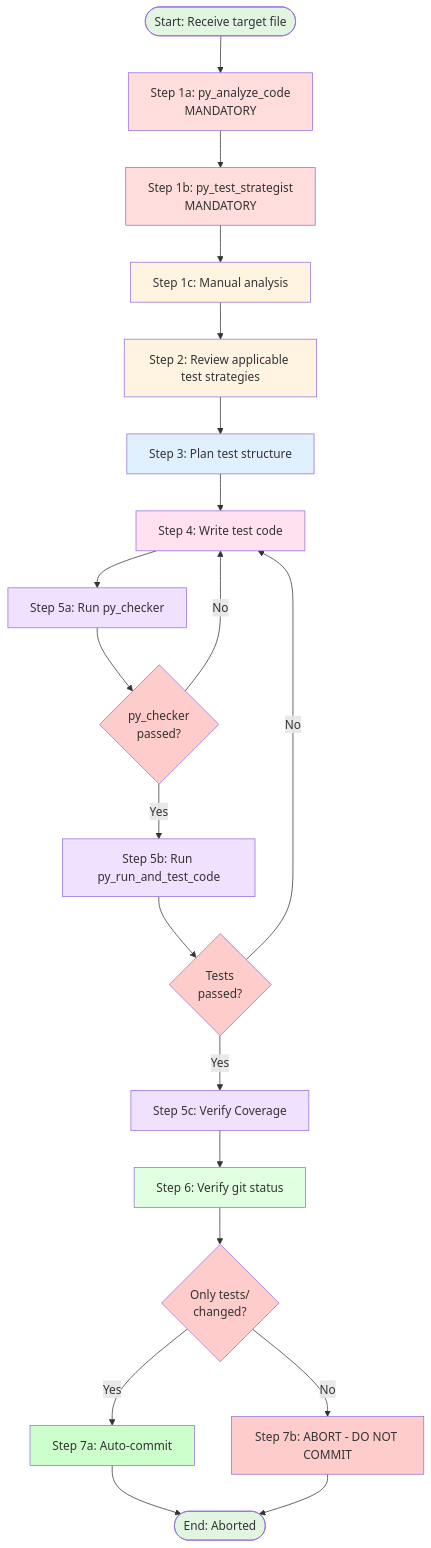
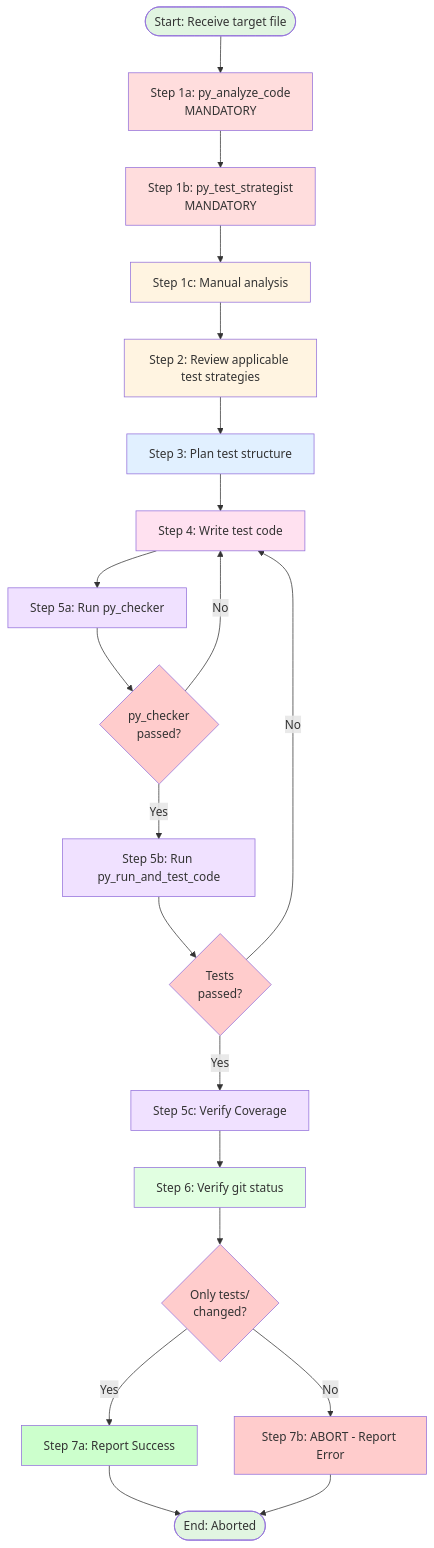
The diagram in procedures/python_unit_test_generation.md (s-age/pipe), drawn with Mermaid before and after one commit. The commit also changed other lines of this file and 2 other files, not shown here.

First line of the commit message:
fix: auto-add references_persist to references with persist=true

````diff
--- a/procedures/python_unit_test_generation.md
+++ b/procedures/python_unit_test_generation.md
@@ -13,48 +13,48 @@
 ```mermaid
 graph TD
     Start([Start: Receive target file]) --> Step1A[Step 1a: py_analyze_code<br/>MANDATORY]
     Step1A --> Step1B[Step 1b: py_test_strategist<br/>MANDATORY]
     Step1B --> Step1C[Step 1c: Manual analysis]
 
     Step1C --> Step2[Step 2: Review applicable test strategies]
 
     Step2 --> Step3[Step 3: Plan test structure]
 
     Step3 --> Step4[Step 4: Write test code]
 
     Step4 --> Step5A[Step 5a: Run py_checker]
     Step5A --> CheckChecker{py_checker<br/>passed?}
     CheckChecker -- No --> Step4
     CheckChecker -- Yes --> Step5B[Step 5b: Run py_run_and_test_code]
 
     Step5B --> CheckTests{Tests<br/>passed?}
     CheckTests -- No --> Step4
     CheckTests -- Yes --> Step5C[Step 5c: Verify Coverage]
 
     Step5C --> Step6[Step 6: Verify git status]
 
     Step6 --> Step7{Only tests/<br/>changed?}
-    Step7 -- Yes --> Commit[Step 7a: Auto-commit]
-    Step7 -- No --> Report[Step 7b: ABORT - DO NOT COMMIT]
+    Step7 -- Yes --> Success[Step 7a: Report Success]
+    Step7 -- No --> Report[Step 7b: ABORT - Report Error]
 
-    Commit --> End([End: Success])
+    Success --> End([End: Success])
     Report --> End([End: Aborted])
 
     style Start fill:#e1f5e1
     style End fill:#e1f5e1
     style Step1A fill:#ffdddd
     style Step1B fill:#ffdddd
     style Step1C fill:#fff4e1
     style Step2 fill:#fff4e1
     style Step3 fill:#e1f0ff
     style Step4 fill:#ffe1f0
     style Step5A fill:#f0e1ff
     style Step5B fill:#f0e1ff
     style Step5C fill:#f0e1ff
     style Step6 fill:#e1ffe1
     style CheckChecker fill:#ffcccc
     style CheckTests fill:#ffcccc
     style Step7 fill:#ffcccc
-    style Commit fill:#ccffcc
+    style Success fill:#ccffcc
     style Report fill:#ffcccc
 ```
````
